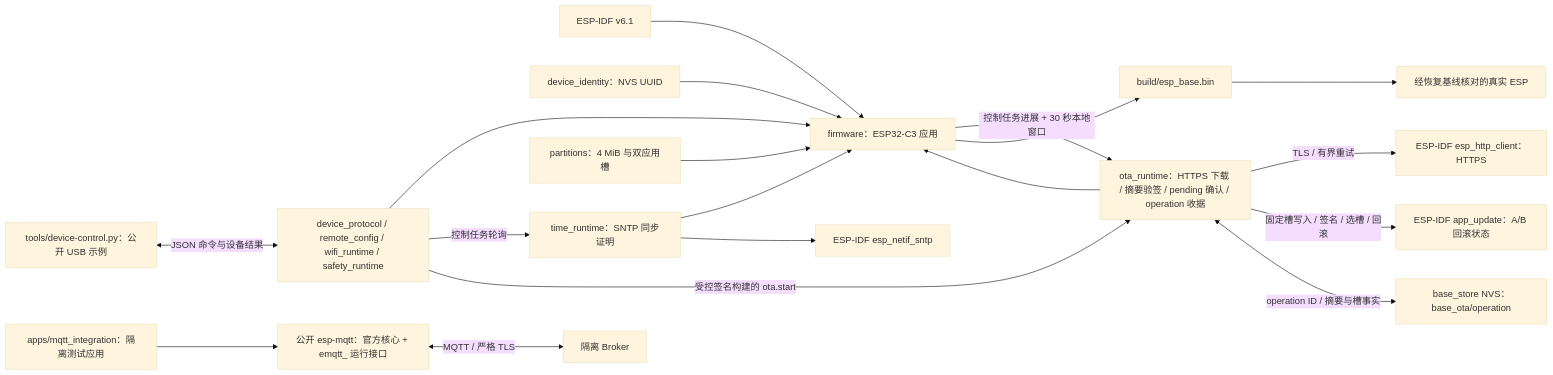
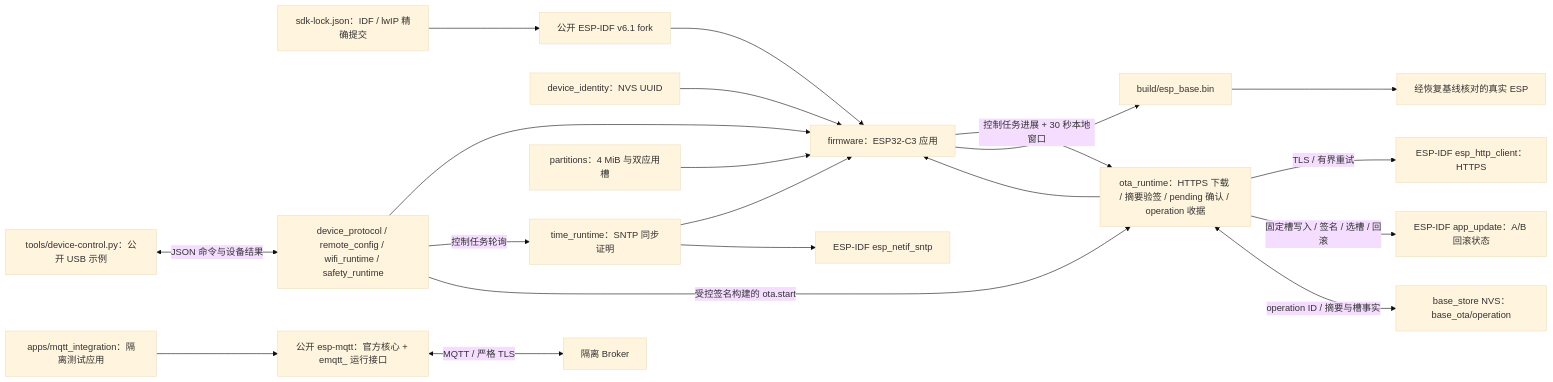
Before and after one commit to darren-you/esp-base: the diagram in README.md, drawn with Mermaid (base theme). The commit also changed other lines of this file and 12 other files, not shown here.

Commit message:
将 ESP Base 锁至公开 SDK 修复版本并同步 MQTT 精确依赖

````diff
--- a/README.md
+++ b/README.md
@@ -7,21 +7,22 @@
 ```mermaid
 flowchart LR
-    sdk["ESP-IDF v6.1"] --> firmware["firmware：ESP32-C3 应用"]
+    sdk_lock["sdk-lock.json：IDF / lwIP 精确提交"] --> sdk["公开 ESP-IDF v6.1 fork"]
+    sdk --> firmware["firmware：ESP32-C3 应用"]
     identity["device_identity：NVS UUID"] --> firmware
     state["device_protocol / remote_config / wifi_runtime / safety_runtime"] --> firmware
     time["time_runtime：SNTP 同步证明"] --> firmware
     state -->|"控制任务轮询"| time
     time --> idf_time["ESP-IDF esp_netif_sntp"]
     ota["ota_runtime：HTTPS 下载 / 摘要验签 / pending 确认 / operation 收据"] --> firmware
     firmware -->|"控制任务进展 + 30 秒本地窗口"| ota
     state -->|"受控签名构建的 ota.start"| ota
     ota -->|"TLS / 有界重试"| https["ESP-IDF esp_http_client：HTTPS"]
     ota -->|"固定槽写入 / 签名 / 选槽 / 回滚"| slot["ESP-IDF app_update：A/B 回滚状态"]
     ota <-->|"operation ID / 摘要与槽事实"| receipt["base_store NVS：base_ota/operation"]
     layout["partitions：4 MiB 与双应用槽"] --> firmware
     host["tools/device-control.py：公开 USB 示例"] <-->|"JSON 命令与设备结果"| state
     firmware --> image["build/esp_base.bin"]
     lab["apps/mqtt_integration：隔离测试应用"] --> mqtt["公开 esp-mqtt：官方核心 + emqtt_ 运行接口"]
     mqtt <-->|"MQTT / 严格 TLS"| broker["隔离 Broker"]
     image --> board["经恢复基线核对的真实 ESP"]
 ```
````
